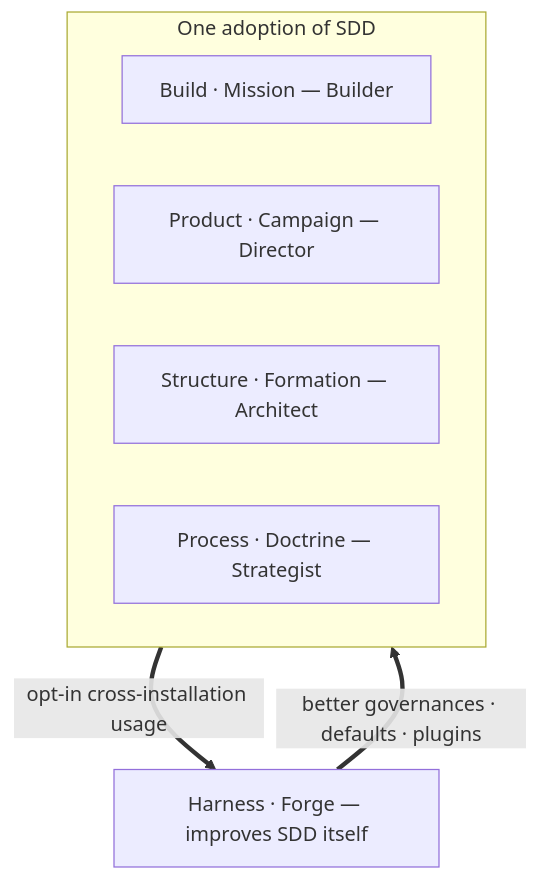
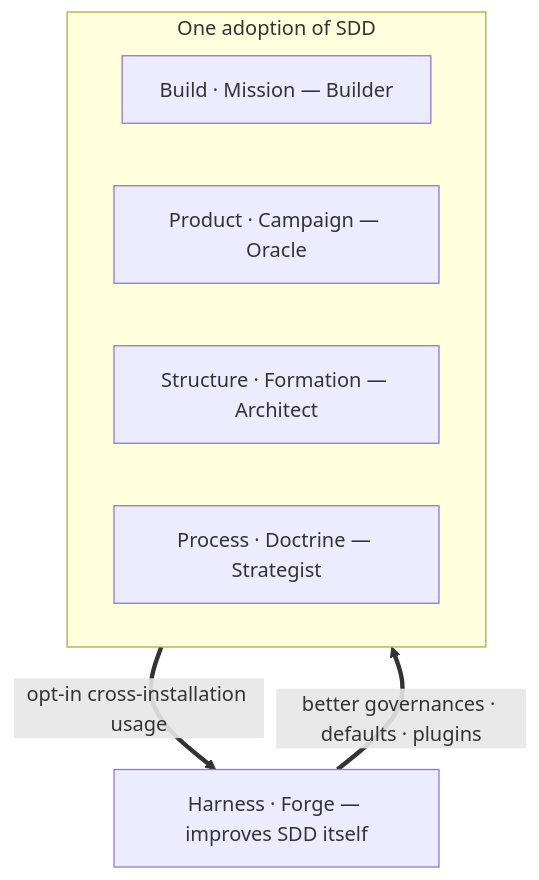
The second of 2 diagrams in apps/website/src/content/docs/sdd/overview.md (cyberuni/cyber-sdd), drawn with Mermaid before and after one commit. The commit also changed other lines of this file and 36 other files, not shown here.

First line of the commit message:
refactor(sdd): rename Director actor to Oracle

````diff
--- a/apps/website/src/content/docs/sdd/overview.md
+++ b/apps/website/src/content/docs/sdd/overview.md
@@ -69,12 +69,12 @@
 ```mermaid
 flowchart TB
   subgraph adoption[One adoption of SDD]
     build[Build · Mission — Builder]
-    product[Product · Campaign — Director]
+    product[Product · Campaign — Oracle]
     structure[Structure · Formation — Architect]
     process[Process · Doctrine — Strategist]
   end
   harness[Harness · Forge — improves SDD itself]
   adoption ==>|opt-in cross-installation usage| harness
   harness ==>|better governances · defaults · plugins| adoption
 ```
````
